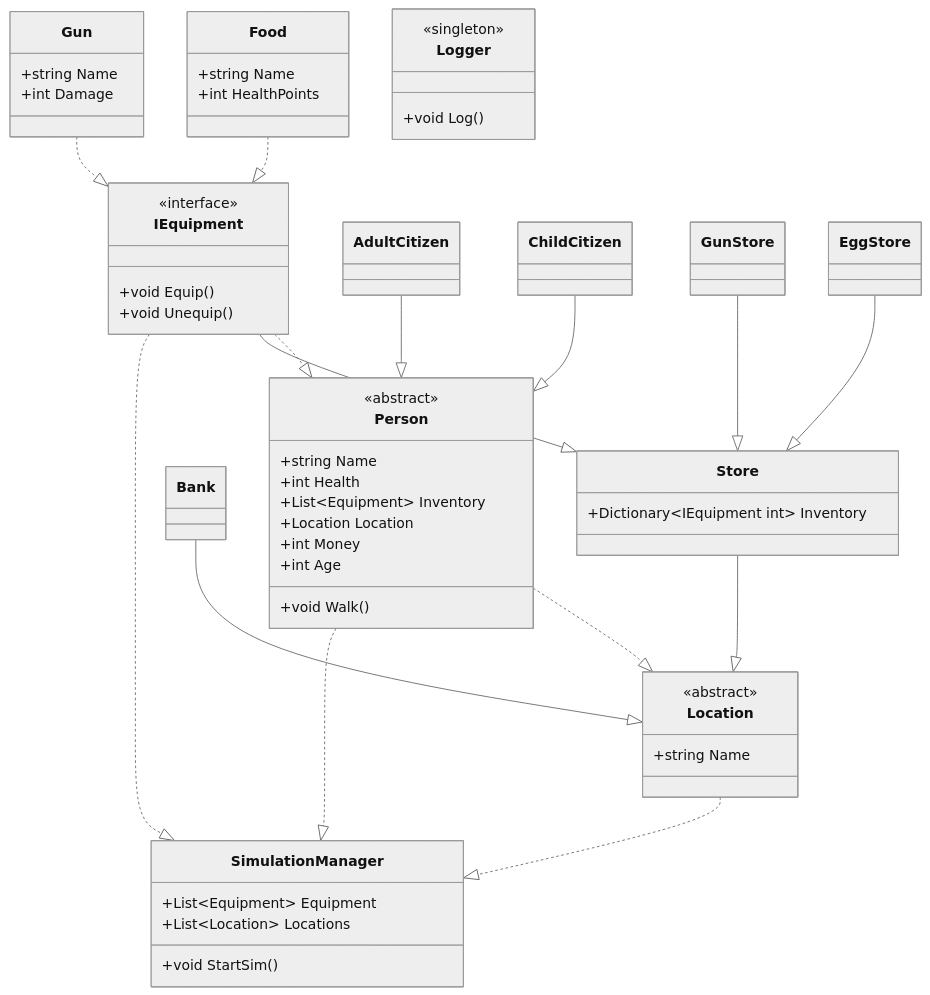
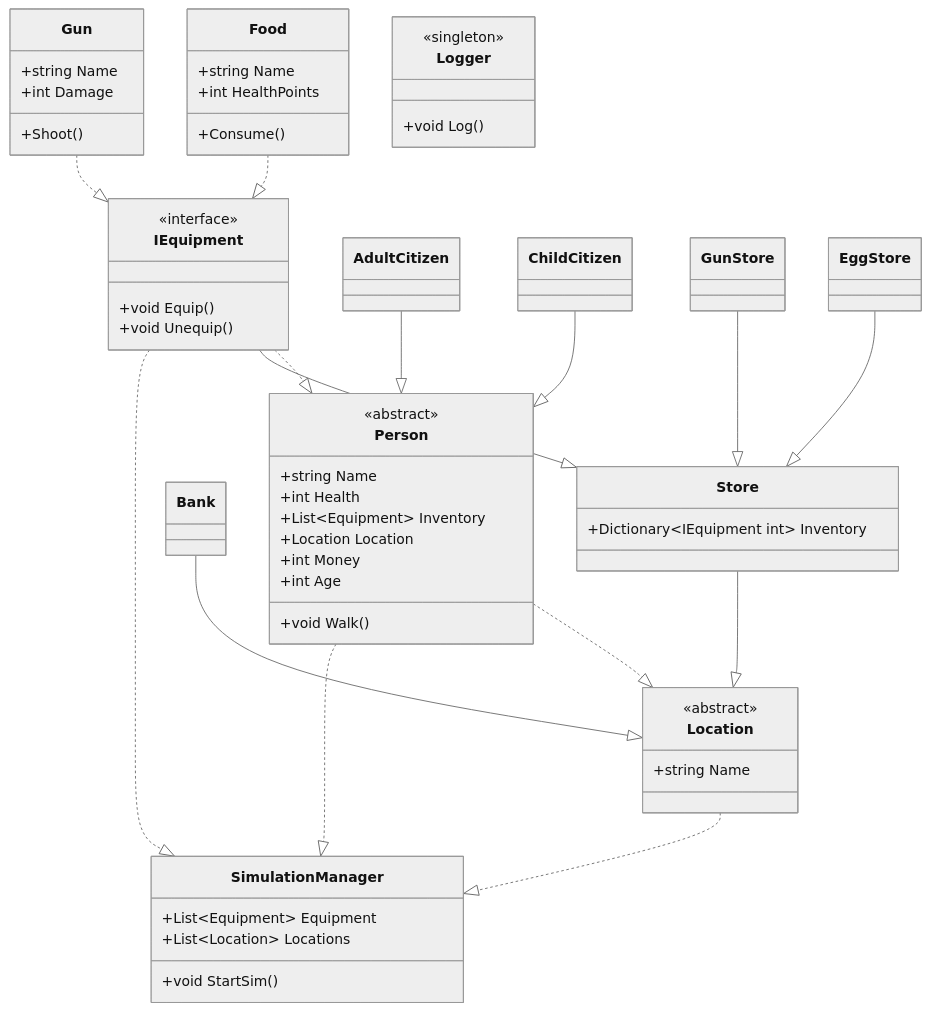
The diagram in README.md (smallbenji-org/HF2-peopleville), drawn with Mermaid (neutral theme) before and after one commit.

Commit message:
Updated Diagram

````diff
--- a/README.md
+++ b/README.md
@@ -1,69 +1,71 @@
 ```mermaid
 classDiagram
     class IEquipment{
         <<interface>>
         +void Equip()
         +void Unequip()
     }
     Food ..|> IEquipment
     Gun ..|> IEquipment
 
     class Person{
         <<abstract>>
         +string Name
         +int Health
         +List~Equipment~ Inventory
         +Location Location
         +int Money
         +int Age
         +void Walk()
     }
     AdultCitizen --|> Person
     ChildCitizen --|> Person
     IEquipment ..|> Person
 
     class AdultCitizen{
     }
     class ChildCitizen{
     }
 
     class Location{
         <<abstract>>
         +string Name
     }
     Bank --|> Location
     Store --|> Location
     Person ..|> Location
 
     class Logger{
         <<singleton>>
         +void Log()
     }
 
     class Food{
         +string Name
         +int HealthPoints
+        +Consume()
     }
 
     class Gun{
         +string Name
         +int Damage
+        +Shoot()
     }
 
     class Store{
         +Dictionary~IEquipment int~ Inventory
     }
     GunStore --|> Store
     EggStore --|> Store
     IEquipment --|> Store
 
     class SimulationManager{
         +void StartSim()
         +List~Equipment~ Equipment
         +List~Location~ Locations
     }
     IEquipment ..|> SimulationManager
     Person ..|> SimulationManager
     Location ..|> SimulationManager
 
 ```
````
